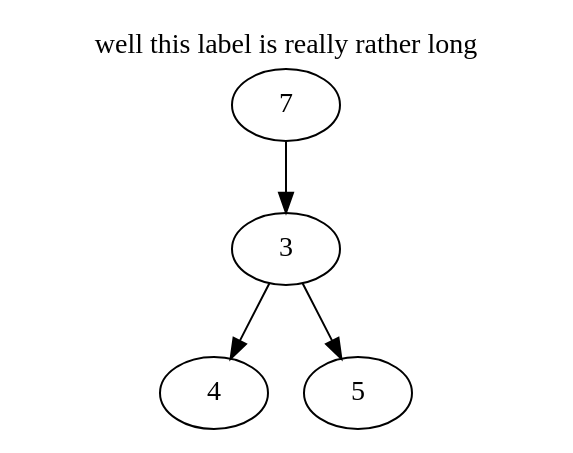
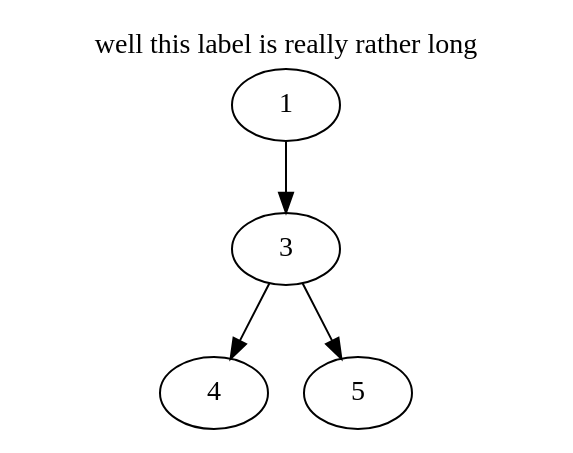
The diagram in test_inputs/dot1/frame3.dot (DQsamayoa/tweensvg), drawn with Graphviz before and after one commit. The commit also changed 7 other files, not shown here.

```diff
--- a/test_inputs/dot1/frame3.dot
+++ b/test_inputs/dot1/frame3.dot
@@ -1,13 +1,12 @@
 
 digraph frame{
     labelloc="t";
     label="well this label is really rather long";
-    1 [id=node1, label=7];
+    1 [id=node1];
     3 [id=node3];
     4 [id=node4];
     5 [id=node5];
-    
     1 -> 3 [id=edge_1_3];
     3 -> 4 [id=edge_3_4];
     3 -> 5 [id=edge_3_5];
 }
```
